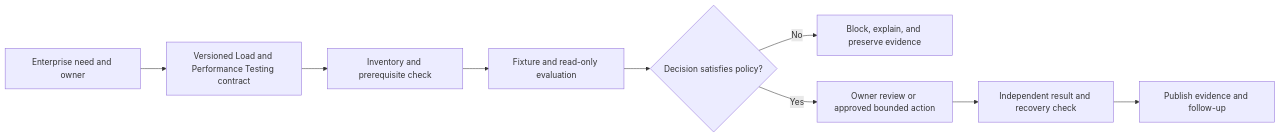
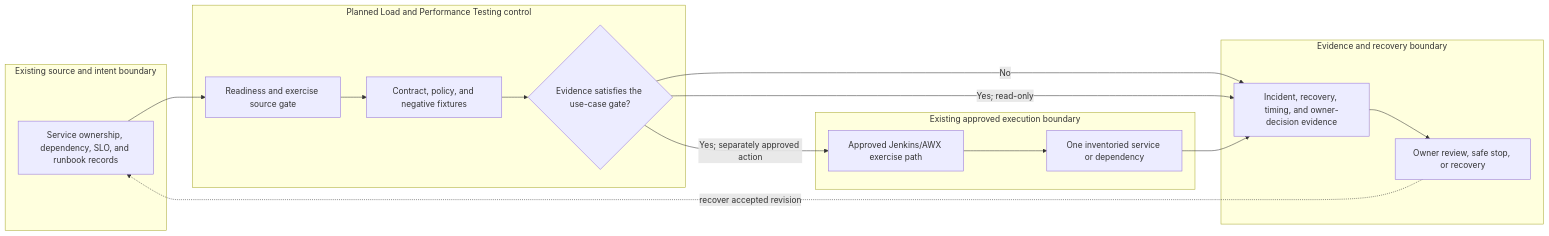
The diagram in docs/use-cases/resilience/UC-RSO-013-load-and-performance-testing.md (MIDHTECH/enterprise-architecture-docs), drawn with Mermaid before and after one commit. The commit also changed other lines of this file and 227 other files, not shown here.

Commit message:
Deepen architecture for all use case designs

````diff
--- a/docs/use-cases/resilience/UC-RSO-013-load-and-performance-testing.md
+++ b/docs/use-cases/resilience/UC-RSO-013-load-and-performance-testing.md
@@ -136,11 +129,25 @@
 ```mermaid
 flowchart LR
-    Need["Enterprise need and owner"] --> Contract["Versioned Load and Performance Testing contract"]
-    Contract --> Preflight["Inventory and prerequisite check"]
-    Preflight --> Evaluate["Fixture and read-only evaluation"]
-    Evaluate --> Decision{"Decision satisfies policy?"}
-    Decision -->|No| Stop["Block, explain, and preserve evidence"]
-    Decision -->|Yes| Review["Owner review or approved bounded action"]
-    Review --> Verify["Independent result and recovery check"]
-    Verify --> Publish["Publish evidence and follow-up"]
+    subgraph Source["Existing source and intent boundary"]
+        A["Service ownership, dependency, SLO, and runbook records"]
+    end
+    subgraph Planned["Planned Load and Performance Testing control"]
+        B["Readiness and exercise source gate"]
+        C["Contract, policy, and negative fixtures"]
+        D{"Evidence satisfies the use-case gate?"}
+    end
+    subgraph Runtime["Existing approved execution boundary"]
+        E["Approved Jenkins/AWX exercise path"]
+        F["One inventoried service or dependency"]
+    end
+    subgraph Assurance["Evidence and recovery boundary"]
+        G["Incident, recovery, timing, and owner-decision evidence"]
+        H["Owner review, safe stop, or recovery"]
+    end
+
+    A --> B --> C --> D
+    D -->|No| G --> H
+    D -->|Yes; read-only| G
+    D -->|Yes; separately approved action| E --> F --> G
+    H -. recover accepted revision .-> A
 ```
````
